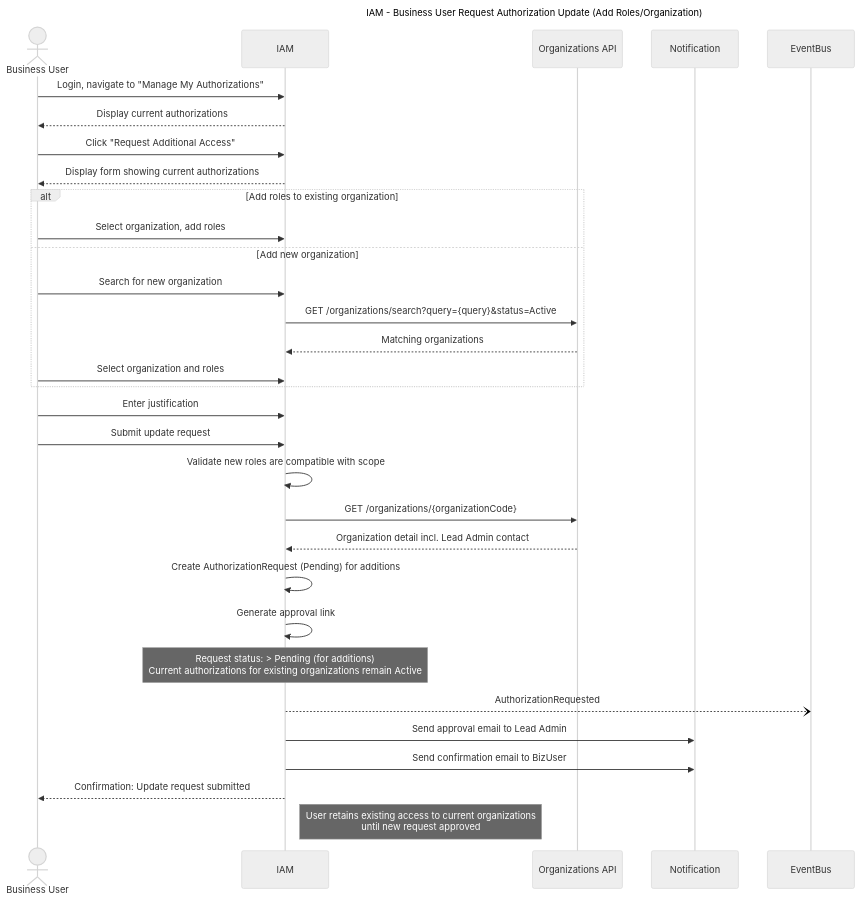
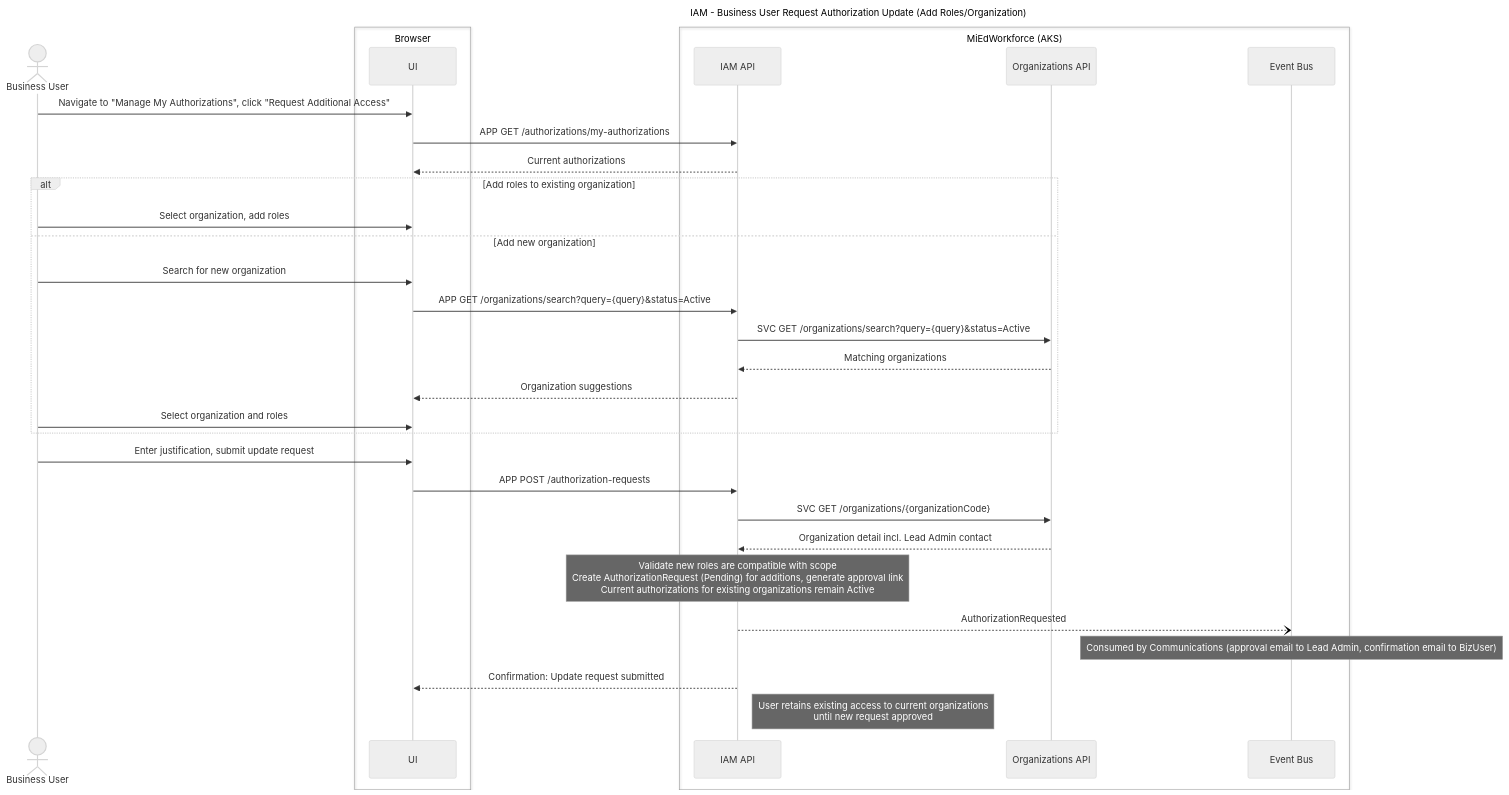
One commit to mnichols-dl/mied-design changed the ninth of 23 diagrams in working-docs/solution-areas/iam/iam-sequences.md. Above: the diagram before and after it, drawn with Mermaid (neutral theme). The commit also changed other lines of this file and 34 other files, not shown here.

Commit message:
Update sequences and perform RTM assessment

````diff
--- a/working-docs/solution-areas/iam/iam-sequences.md
+++ b/working-docs/solution-areas/iam/iam-sequences.md
@@ -466,46 +502,44 @@
 ```mermaid
 ---
 title: IAM - Business User Request Authorization Update (Add Roles/Organization)
 ---
 sequenceDiagram
     actor BizUser as Business User
-    participant IAM
-    participant OrgsAPI as Organizations API
-    participant Notification
-    participant EventBus
-    
-    BizUser->>IAM: Login, navigate to "Manage My Authorizations"
-    IAM-->>BizUser: Display current authorizations
-    
-    BizUser->>IAM: Click "Request Additional Access"
-    IAM-->>BizUser: Display form showing current authorizations
-    
+    box Browser
+    participant UI
+    end
+    box MiEdWorkforce (AKS)
+    participant IamApi as IAM API
+    participant OrgsApi as Organizations API
+    participant EventBus as Event Bus
+    end
+
+    BizUser->>UI: Navigate to "Manage My Authorizations", click "Request Additional Access"
+    UI->>IamApi: APP GET /authorizations/my-authorizations
+    IamApi-->>UI: Current authorizations
+
     alt Add roles to existing organization
-        BizUser->>IAM: Select organization, add roles
+        BizUser->>UI: Select organization, add roles
     else Add new organization
-        BizUser->>IAM: Search for new organization
-        IAM->>OrgsAPI: GET /organizations/search?query={query}&status=Active
-        OrgsAPI-->>IAM: Matching organizations
-        BizUser->>IAM: Select organization and roles
+        BizUser->>UI: Search for new organization
+        UI->>IamApi: APP GET /organizations/search?query={query}&status=Active
+        IamApi->>OrgsApi: SVC GET /organizations/search?query={query}&status=Active
+        OrgsApi-->>IamApi: Matching organizations
+        IamApi-->>UI: Organization suggestions
+        BizUser->>UI: Select organization and roles
     end
-    
-    BizUser->>IAM: Enter justification
-    BizUser->>IAM: Submit update request
-    
-    IAM->>IAM: Validate new roles are compatible with scope
-    IAM->>OrgsAPI: GET /organizations/{organizationCode}
-    OrgsAPI-->>IAM: Organization detail incl. Lead Admin contact
-    
-    IAM->>IAM: Create AuthorizationRequest (Pending) for additions
-    IAM->>IAM: Generate approval link
-    
-    Note over IAM: Request status: > Pending (for additions)<br/>Current authorizations for existing organizations remain Active
-    
-    IAM--)EventBus: AuthorizationRequested
-    IAM->>Notification: Send approval email to Lead Admin
-    IAM->>Notification: Send confirmation email to BizUser
-    
-    IAM-->>BizUser: Confirmation: Update request submitted
-    
-    Note right of IAM: User retains existing access to current organizations<br/>until new request approved
+
+    BizUser->>UI: Enter justification, submit update request
+    UI->>IamApi: APP POST /authorization-requests
+
+    IamApi->>OrgsApi: SVC GET /organizations/{organizationCode}
+    OrgsApi-->>IamApi: Organization detail incl. Lead Admin contact
+
+    Note over IamApi: Validate new roles are compatible with scope<br/>Create AuthorizationRequest (Pending) for additions, generate approval link<br/>Current authorizations for existing organizations remain Active
+
+    IamApi--)EventBus: AuthorizationRequested
+    Note over EventBus: Consumed by Communications (approval email to Lead Admin, confirmation email to BizUser)
+
+    IamApi-->>UI: Confirmation: Update request submitted
+    Note right of IamApi: User retains existing access to current organizations<br/>until new request approved
 ```
````
